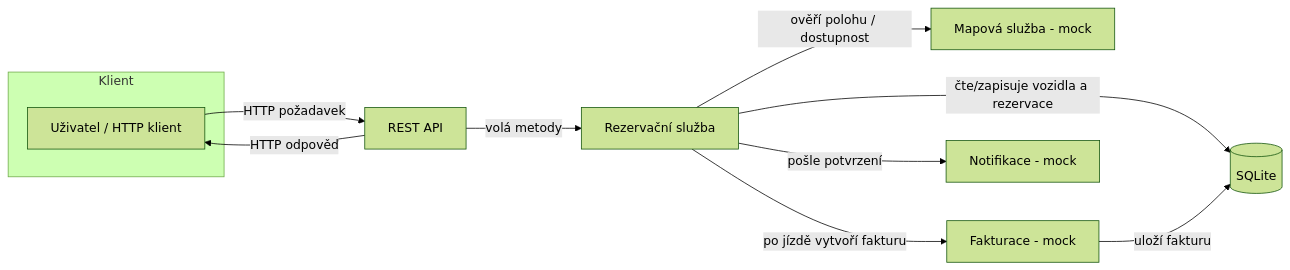
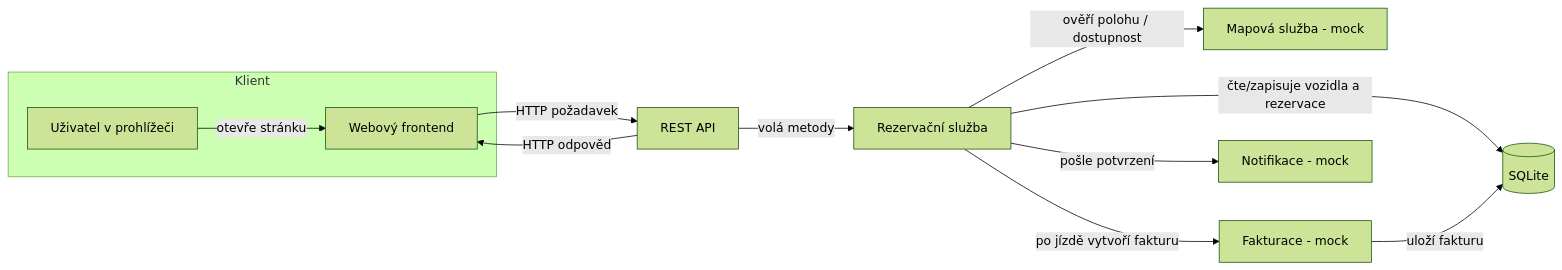
The second of 2 diagrams in report/02_architektura.md (jacobcpp/KSWI), drawn with Mermaid (forest theme) before and after one commit. The commit also changed other lines of this file and 7 other files, not shown here.

````diff
--- a/report/02_architektura.md
+++ b/report/02_architektura.md
@@ -68,22 +76,24 @@
 ```mermaid
 flowchart LR
     subgraph Klient
-        U[Uživatel / HTTP klient]
+        U[Uživatel v prohlížeči]
+        FRONT[Webový frontend]
     end
 
     API[REST API]
     RES[Rezervační služba]
     DB[(SQLite)]
     MAP[Mapová služba - mock]
     BIL[Fakturace - mock]
     NOT[Notifikace - mock]
 
-    U -- HTTP požadavek --> API
+    U -- otevře stránku --> FRONT
+    FRONT -- HTTP požadavek --> API
     API -- volá metody --> RES
     RES -- čte/zapisuje vozidla a rezervace --> DB
     RES -- ověří polohu / dostupnost --> MAP
     RES -- po jízdě vytvoří fakturu --> BIL
     RES -- pošle potvrzení --> NOT
     BIL -- uloží fakturu --> DB
-    API -- HTTP odpověď --> U
+    API -- HTTP odpověď --> FRONT
 ```
````
